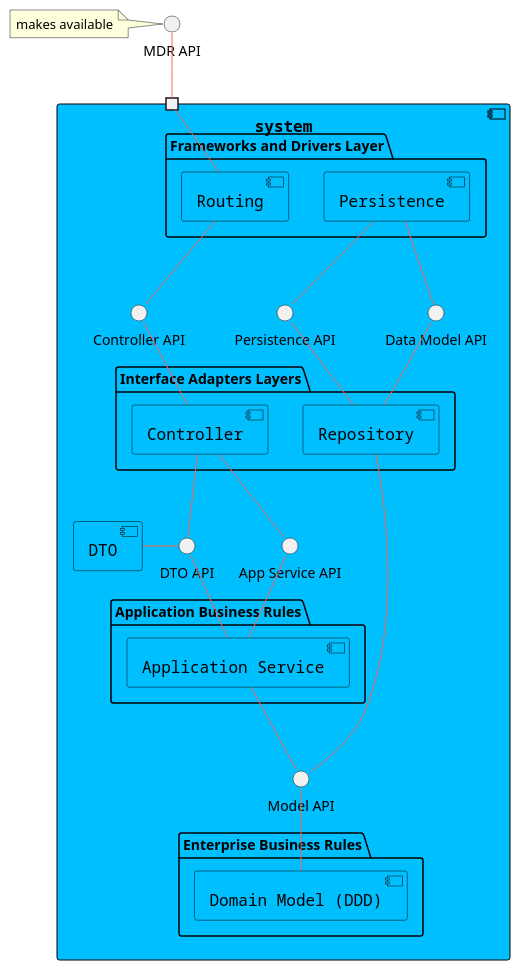
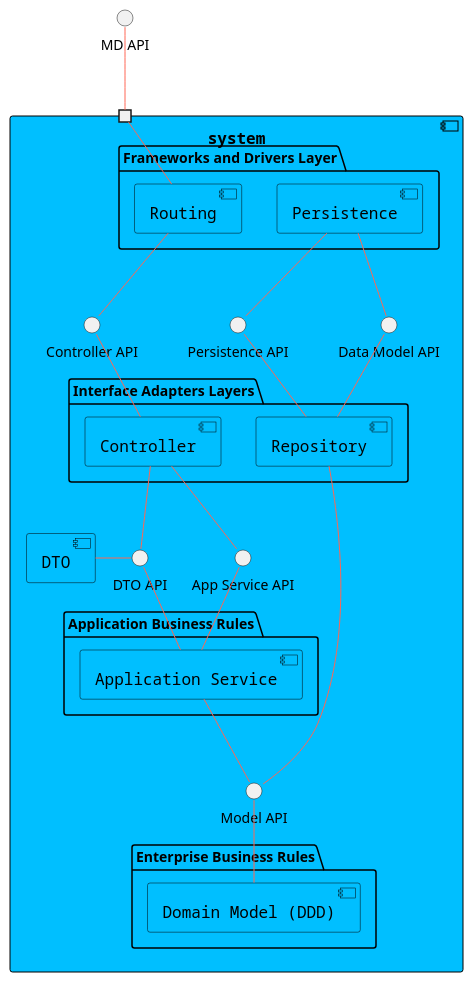
The diagram in docs/us150/level3/logical-view.puml (Departamento-de-Engenharia-Informatica/lapr5-23-24-g19), drawn with PlantUML before and after one commit. The commit also changed 4 other files, not shown here.

```diff
--- a/docs/us150/level3/logical-view.puml
+++ b/docs/us150/level3/logical-view.puml
@@ -1,61 +1,60 @@
 @startuml
 
 skinparam component {
     FontSize 16
     BackgroundColor<<Apache>> LightCoral
     BorderColor<<Apache>> #FF6655
     FontName Courier
     BorderColor black
     BackgroundColor DeepSkyBlue
     ArrowFontName Impact
     ArrowColor #FF6655
     ArrowFontColor #777777
 }
 
 component system {
     package "Frameworks and Drivers Layer" {
         [Routing]
         [Persistence]
     }
 
     package "Interface Adapters Layers" {
         [Controller]
         [Repository]
     }
 
     package "Application Business Rules" {
         [Application Service]
     }
 
     package "Enterprise Business Rules" {
         [Domain Model (DDD)]
     }
 
     portin " " as port1
 
     [Routing] -- port1
     [Persistence] -- "Data Model API"
     [Persistence] -- "Persistence API"
 
     [Controller] -up- "Controller API"
     [Routing] -down- "Controller API"
 
     [Repository] -up- "Data Model API"
     [Repository] -up- "Persistence API"
 
     [Controller] -down- "App Service API"
     [Controller] -down- "DTO API"
 
     "DTO API" -left- [DTO]
 
     [Application Service] -up- "App Service API"
     [Application Service] -up- "DTO API"
 
     [Repository] -down- "Model API"
     [Application Service] -- "Model API"
     [Domain Model (DDD)] -up- "Model API"
 }
-"MDR API" -- port1
-note left: makes available
+"MD API" -- port1
 
 @enduml
```
